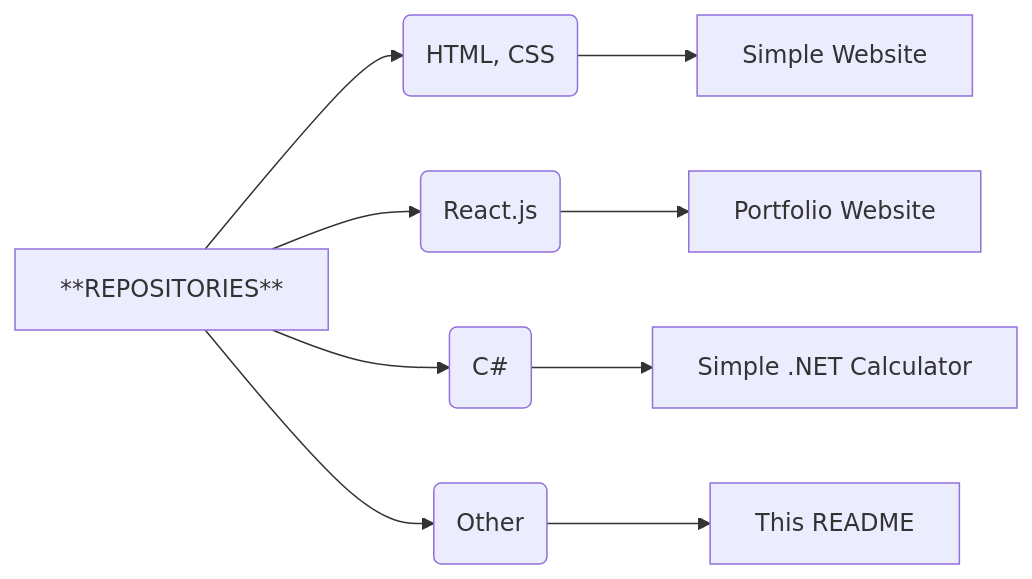
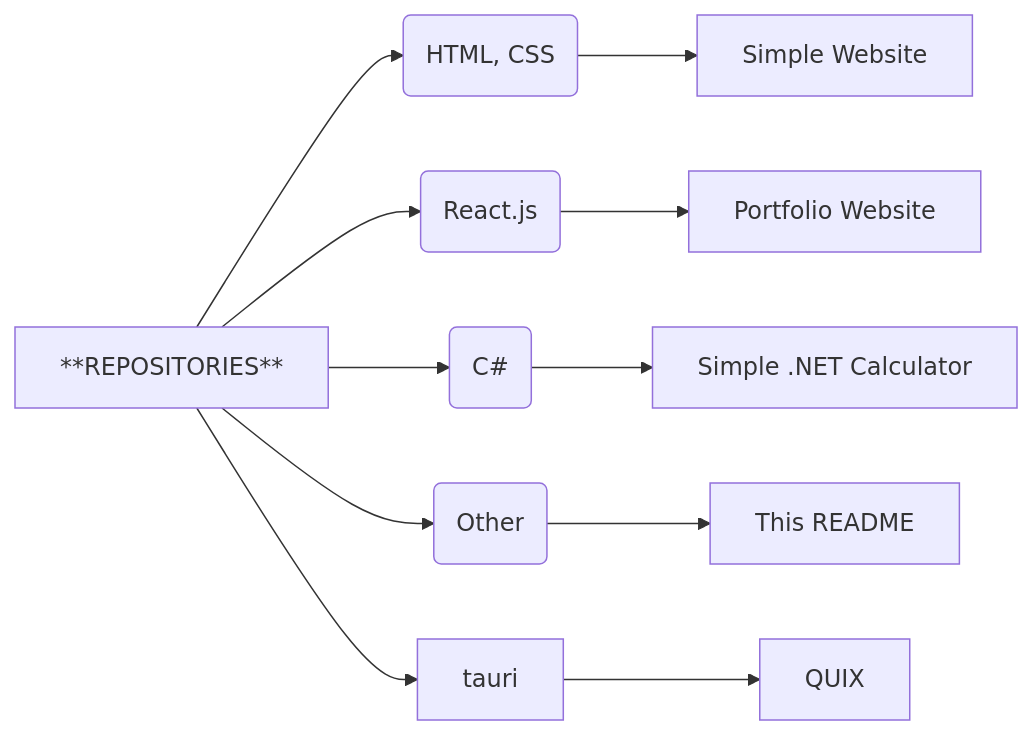
Before and after one commit to ABHIJEETH-V-N/ABHIJEETH-V-N: the diagram in README.mkd, drawn with Mermaid.

````diff
--- a/README.mkd
+++ b/README.mkd
@@ -19,12 +19,14 @@
 ```mermaid        
 flowchart LR
   
         markdown["**REPOSITORIES**"] --> A(HTML, CSS)
         A --> re1[Simple Website]
         markdown --> B(React.js)
         B --> re2[Portfolio Website]
         markdown --> D(C#)
         D --> re3[Simple .NET Calculator]
         markdown --> E(Other)
         E --> ThisReadme[This README]
+markdown-->F[tauri]
+F-->QUIX
 ```
````
